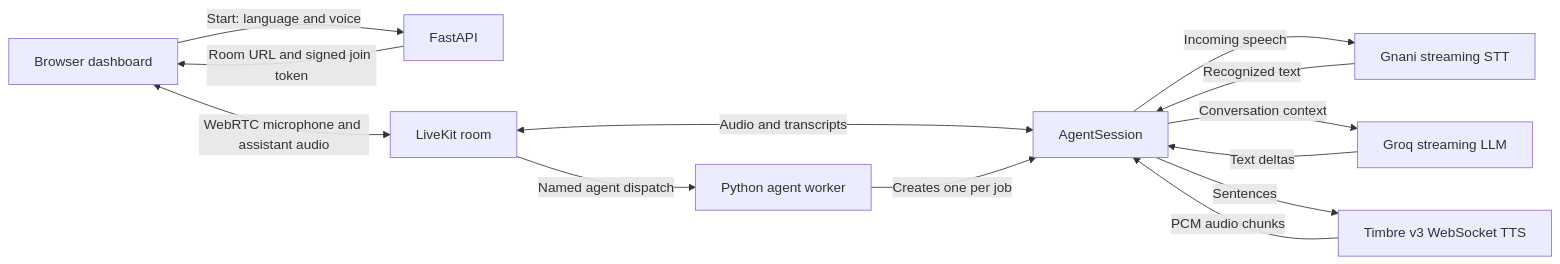
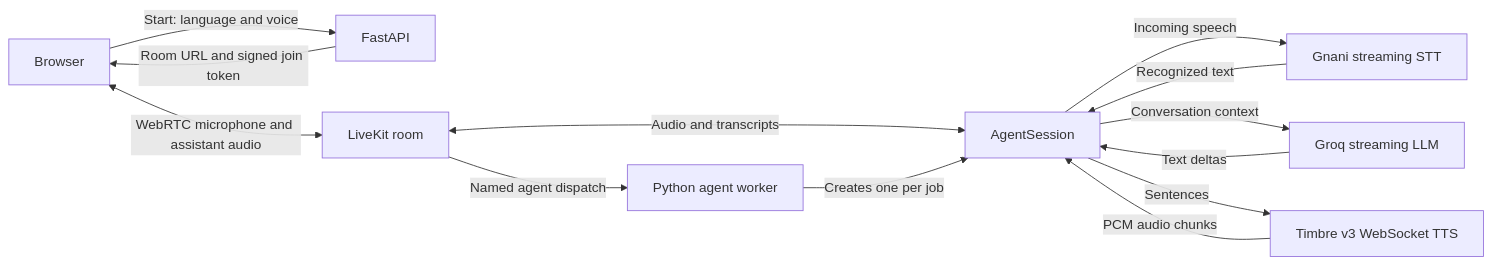
Before and after one commit to thecodingvivek/opencall: the first of 2 diagrams in voiceagent.md, drawn with Mermaid. The commit also changed other lines of this file and 10 other files, not shown here.

````diff
--- a/voiceagent.md
+++ b/voiceagent.md
@@ -27,15 +26,15 @@
 ```mermaid
 flowchart LR
-    Browser[Browser dashboard] -->|Start: language and voice| API[FastAPI]
+    Browser[Browser] -->|Start: language and voice| API[FastAPI]
     API -->|Room URL and signed join token| Browser
     Browser <-->|WebRTC microphone and assistant audio| Room[LiveKit room]
     Room -->|Named agent dispatch| Worker[Python agent worker]
     Room <-->|Audio and transcripts| Session[AgentSession]
     Worker -->|Creates one per job| Session
     Session -->|Incoming speech| STT[Gnani streaming STT]
     STT -->|Recognized text| Session
     Session -->|Conversation context| LLM[Groq streaming LLM]
     LLM -->|Text deltas| Session
     Session -->|Sentences| TTS[Timbre v3 WebSocket TTS]
     TTS -->|PCM audio chunks| Session
 ```
````
